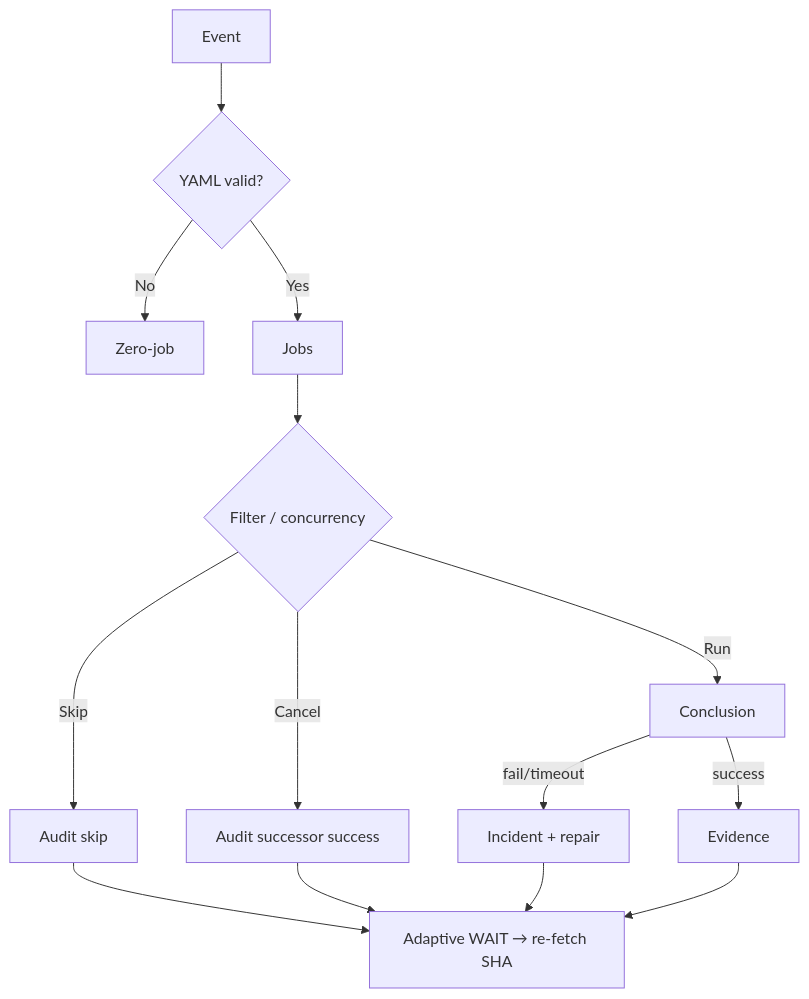
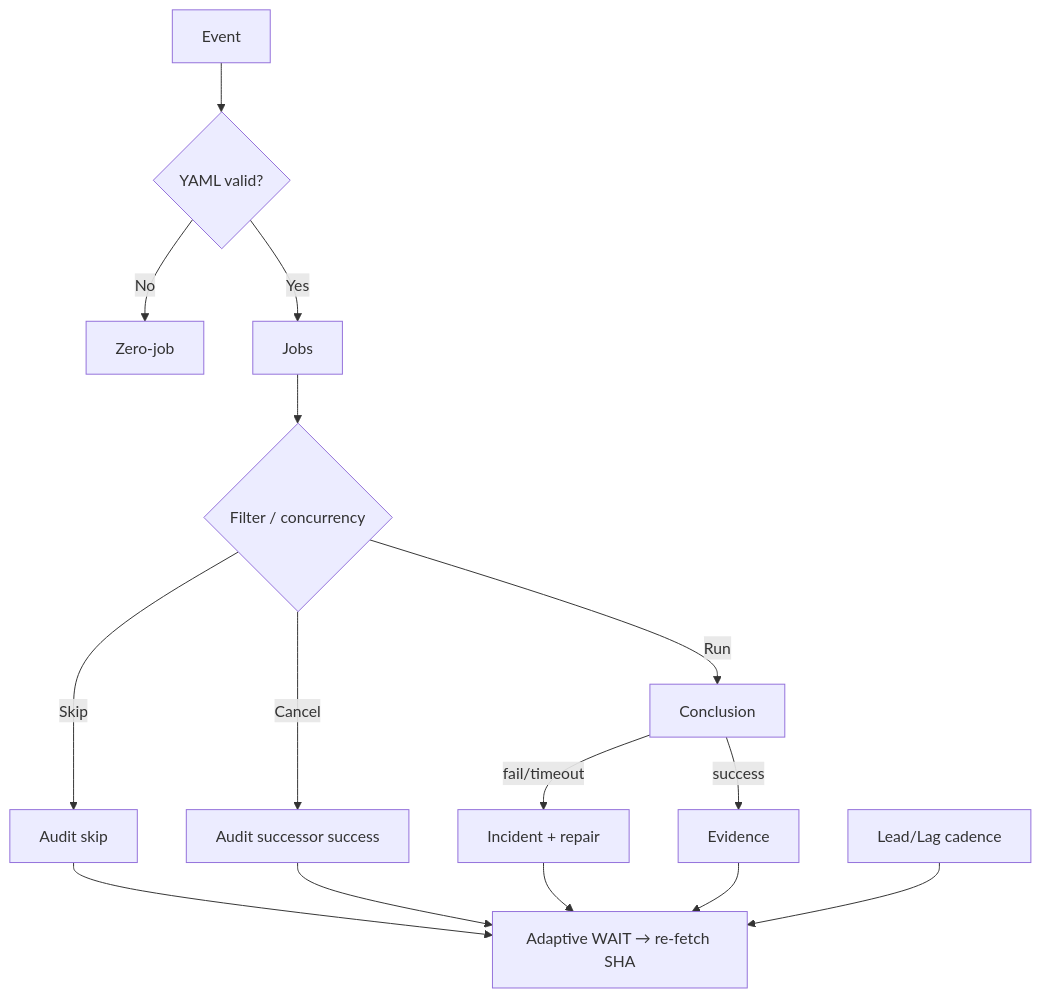
Before and after one commit to timerloggedout-spec/termux-monorepo: the diagram in docs/ops/ACTIONS-WORKFLOWS-MATRIX.md, drawn with Mermaid. The commit also changed other lines of this file, not shown here.

First line of the commit message:
docs(ops): matrix refresh — schema v3 seed aligned, repeated-issue classes expanded

````diff
--- a/docs/ops/ACTIONS-WORKFLOWS-MATRIX.md
+++ b/docs/ops/ACTIONS-WORKFLOWS-MATRIX.md
@@ -72,13 +88,14 @@
 ```mermaid
 flowchart TD
   A[Event] --> B{YAML valid?}
   B -->|No| C[Zero-job]
   B -->|Yes| D[Jobs]
   D --> E{Filter / concurrency}
   E -->|Skip| F[Audit skip]
   E -->|Cancel| G[Audit successor success]
   E -->|Run| H[Conclusion]
   H -->|fail/timeout| I[Incident + repair]
   H -->|success| J[Evidence]
   F & G & I & J --> K[Adaptive WAIT → re-fetch SHA]
+  L[Lead/Lag cadence] --> K
 ```
````
